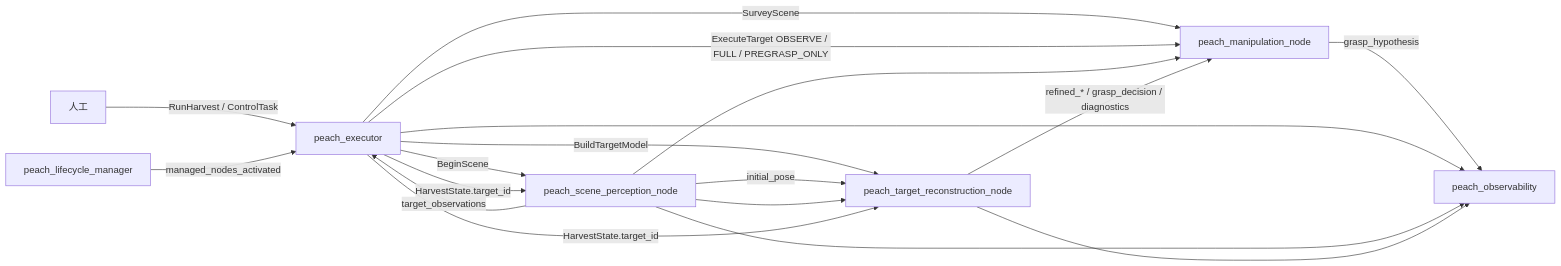
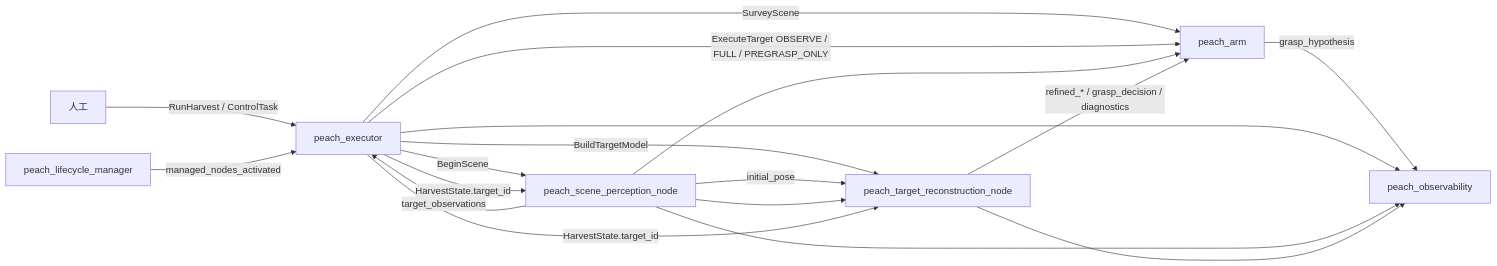
Before and after one commit to MUHAN11-c/aubo_boot: the first of 12 diagrams in docs/io.md, drawn with Mermaid. The commit also changed other lines of this file and 129 other files, not shown here.

First line of the commit message:
refactor(arm): 阶段2a 机械重命名 peach_manipulation → peach_arm（清洁重写轮）

````diff
--- a/docs/io.md
+++ b/docs/io.md
@@ -37,20 +37,20 @@
 ```mermaid
 flowchart LR
   Op[人工] -->|RunHarvest / ControlTask| Ex[peach_executor]
   LCM[peach_lifecycle_manager] -->|managed_nodes_activated| Ex
-  Ex -->|SurveyScene| Skill[peach_manipulation_node]
+  Ex -->|SurveyScene| Skill[peach_arm]
   Ex -->|BeginScene| Perc[peach_scene_perception_node]
   Ex -->|BuildTargetModel| Rec[peach_target_reconstruction_node]
   Ex -->|ExecuteTarget OBSERVE / FULL / PREGRASP_ONLY| Skill
   Perc -->|target_observations| Ex
   Perc -->|initial_pose| Rec
   Perc --> Rec
   Perc --> Skill
   Rec -->|refined_* / grasp_decision / diagnostics| Skill
   Ex -->|HarvestState.target_id| Perc
   Ex -->|HarvestState.target_id| Rec
   Skill -->|grasp_hypothesis| Obs[peach_observability]
   Ex --> Obs
   Perc --> Obs
   Rec --> Obs
 ```
````
